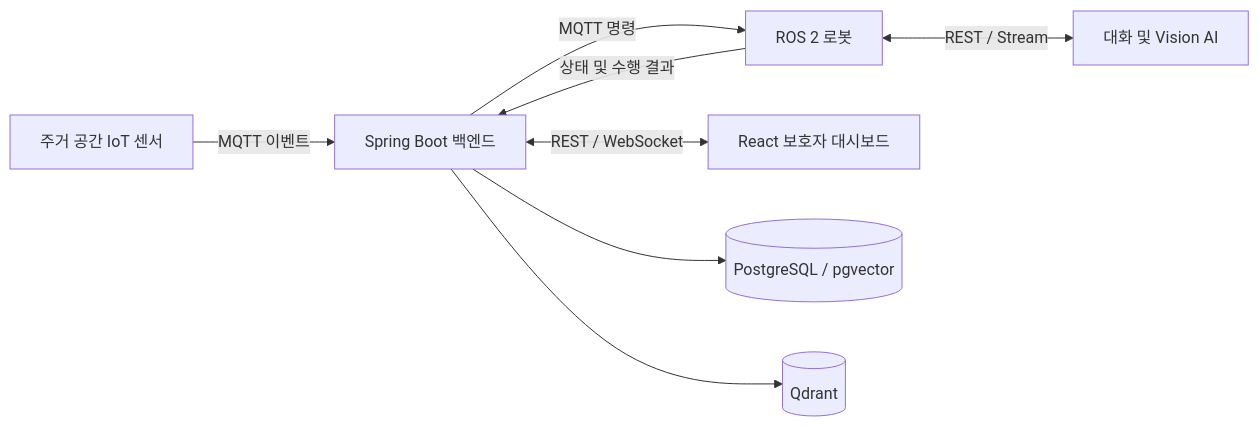
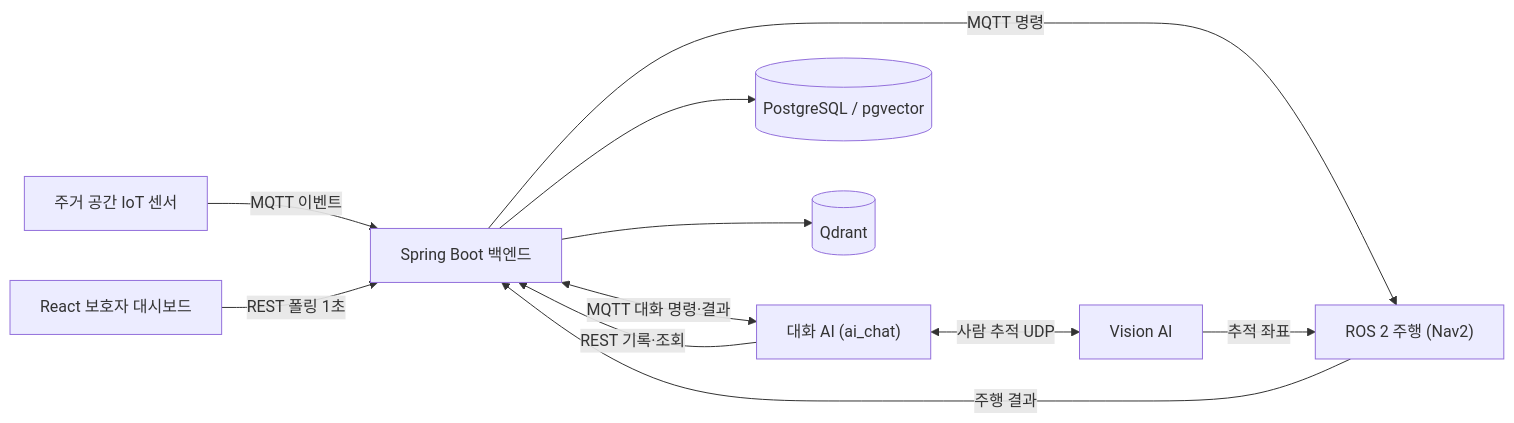
Before and after one commit to bomi-aiot/BOMI: the second of 2 diagrams in README.md, drawn with Mermaid. The commit also changed other lines of this file and 66 other files, not shown here.

````diff
--- a/README.md
+++ b/README.md
@@ -62,10 +72,13 @@
 ```mermaid
 flowchart LR
   IoT["주거 공간 IoT 센서"] -->|MQTT 이벤트| BE["Spring Boot 백엔드"]
-  BE -->|MQTT 명령| Robot["ROS 2 로봇"]
-  Robot -->|상태 및 수행 결과| BE
-  Robot <-->|REST / Stream| AI["대화 및 Vision AI"]
-  BE <-->|REST / WebSocket| FE["React 보호자 대시보드"]
+  BE -->|MQTT 명령| Robot["ROS 2 주행 (Nav2)"]
+  Robot -->|주행 결과| BE
+  BE <-->|MQTT 대화 명령·결과| AI["대화 AI (ai_chat)"]
+  AI -->|REST 기록·조회| BE
+  AI <-->|사람 추적 UDP| Vision["Vision AI"]
+  Vision -->|추적 좌표| Robot
+  FE["React 보호자 대시보드"] -->|REST 폴링 1초| BE
   BE --> DB[("PostgreSQL / pgvector")]
   BE --> Vector[("Qdrant")]
 ```
````
